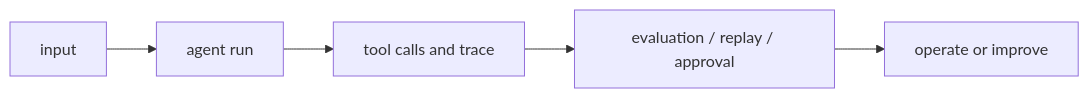
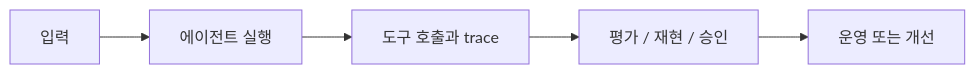
One commit to devchan64/AiBook changed the diagram in docs/assets/part-06/chapter-14/p6-c14-s02-diagram-01-ko.mmd. Above: the diagram before and after it, drawn with Mermaid. The commit also changed 139 other files, not shown here.

Commit message:
part6: expand beginner examples and diagram updates

```diff
--- a/docs/assets/part-06/chapter-14/p6-c14-s02-diagram-01-ko.mmd
+++ b/docs/assets/part-06/chapter-14/p6-c14-s02-diagram-01-ko.mmd
@@ -1,11 +1,11 @@
 flowchart LR
-  A["input"]
-  B["agent run"]
-  C["tool calls and trace"]
-  D["evaluation / replay / approval"]
-  E["operate or improve"]
+  A["입력"]
+  B["에이전트 실행"]
+  C["도구 호출과 trace"]
+  D["평가 / 재현 / 승인"]
+  E["운영 또는 개선"]
 
   A --> B
   B --> C
   C --> D
   D --> E
```
